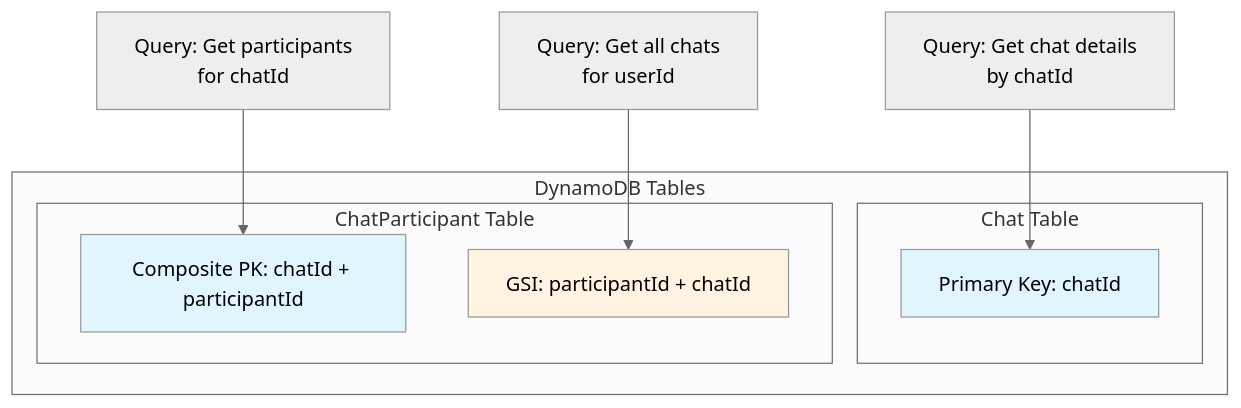
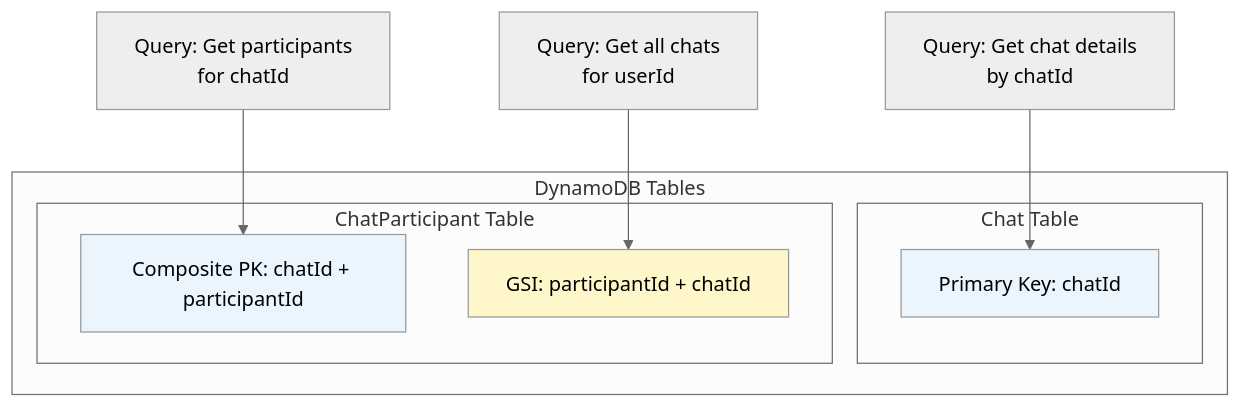
Before and after one commit to cartmancodes/InterviewVault: the fourth of 22 diagrams in LLD/questions/Design Whatsapp.md, drawn with Mermaid (neutral theme). The commit also changed other lines of this file and 679 other files, not shown here.

Commit message:
Unify content diagrams and add accessible visual walkthroughs

````diff
--- a/LLD/questions/Design Whatsapp.md
+++ b/LLD/questions/Design Whatsapp.md
@@ -410,21 +410,21 @@
 ```mermaid
 graph TB
     subgraph "DynamoDB Tables"
         subgraph "Chat Table"
             CT[Primary Key: chatId]
         end
         
         subgraph "ChatParticipant Table"
             CPT[Composite PK: chatId + participantId]
             GSI[GSI: participantId + chatId]
         end
     end
     
     Q1[Query: Get participants<br/>for chatId] --> CPT
     Q2[Query: Get all chats<br/>for userId] --> GSI
     Q3[Query: Get chat details<br/>by chatId] --> CT
     
-    style CT fill:#e1f5ff
-    style CPT fill:#e1f5ff
-    style GSI fill:#fff4e1
+    style CT fill:#EAF5FD
+    style CPT fill:#EAF5FD
+    style GSI fill:#FFF6C9
 ```
````
